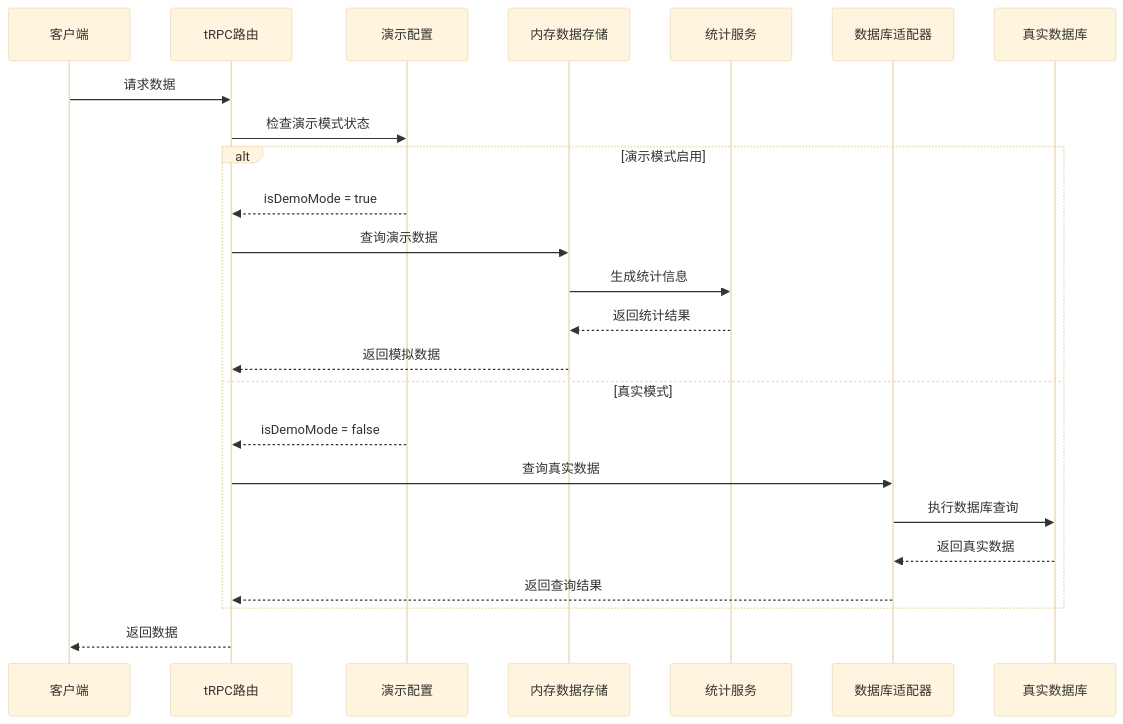
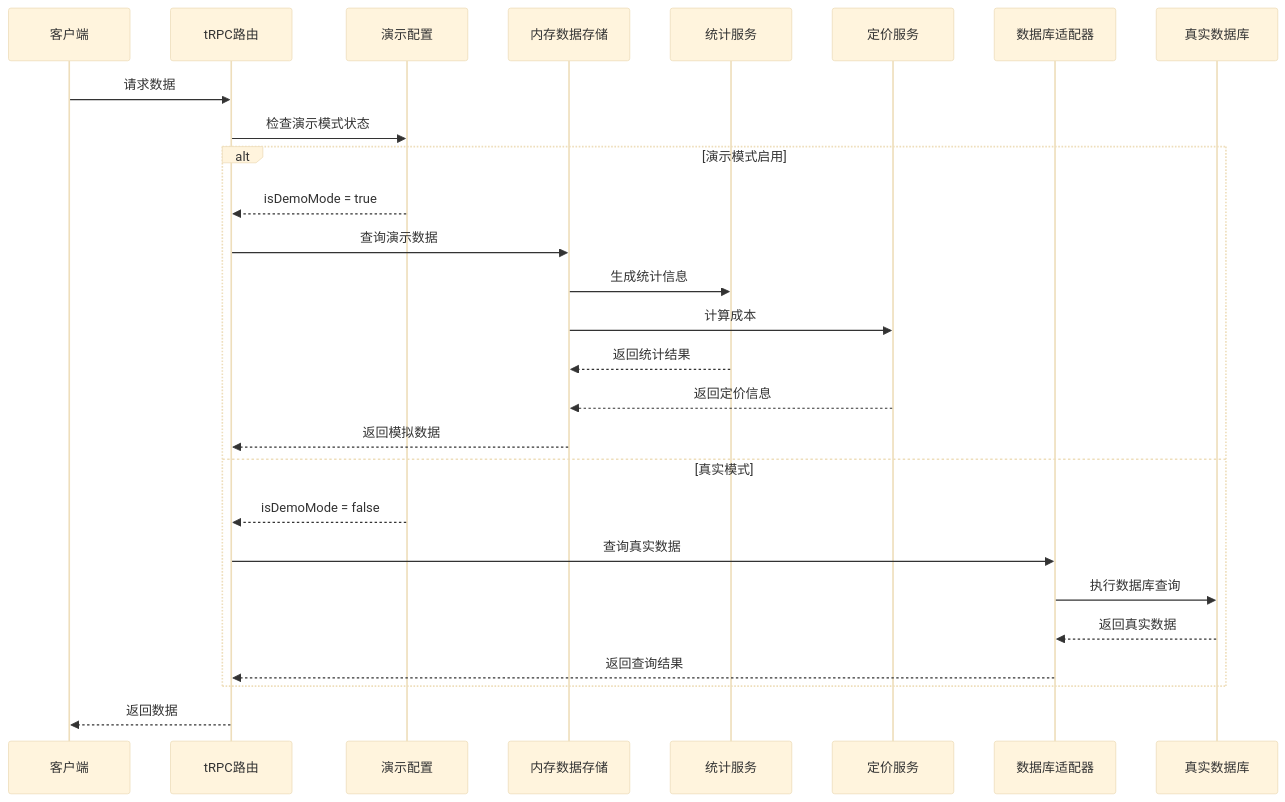
One commit to RadiumAg/AIGate changed the second of 11 diagrams in .qoder/repowiki/zh/content/核心功能/演示模式系统.md. Above: the diagram before and after it, drawn with Mermaid (base theme). The commit also changed other lines of this file and 7 other files, not shown here.

````diff
--- a/.qoder/repowiki/zh/content/核心功能/演示模式系统.md
+++ b/.qoder/repowiki/zh/content/核心功能/演示模式系统.md
@@ -146,26 +163,29 @@
 ```mermaid
 sequenceDiagram
 participant Client as 客户端
 participant Router as tRPC路由
 participant Config as 演示配置
 participant DataStore as 内存数据存储
 participant StatsService as 统计服务
+participant PricingService as 定价服务
 participant DBAdapter as 数据库适配器
 participant RealDB as 真实数据库
 Client->>Router : 请求数据
 Router->>Config : 检查演示模式状态
 alt 演示模式启用
 Config-->>Router : isDemoMode = true
 Router->>DataStore : 查询演示数据
 DataStore->>StatsService : 生成统计信息
+DataStore->>PricingService : 计算成本
 StatsService-->>DataStore : 返回统计结果
+PricingService-->>DataStore : 返回定价信息
 DataStore-->>Router : 返回模拟数据
 else 真实模式
 Config-->>Router : isDemoMode = false
 Router->>DBAdapter : 查询真实数据
 DBAdapter->>RealDB : 执行数据库查询
 RealDB-->>DBAdapter : 返回真实数据
 DBAdapter-->>Router : 返回查询结果
 end
 Router-->>Client : 返回数据
 ```
````
